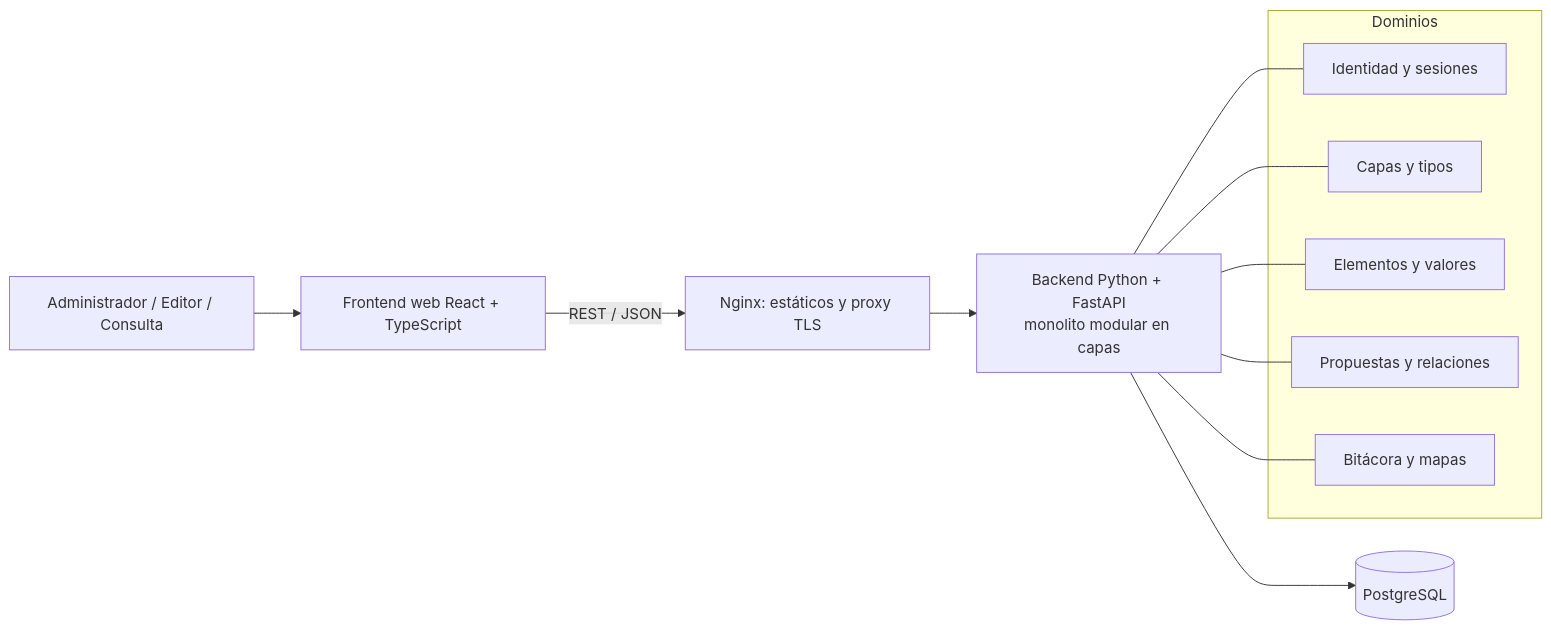
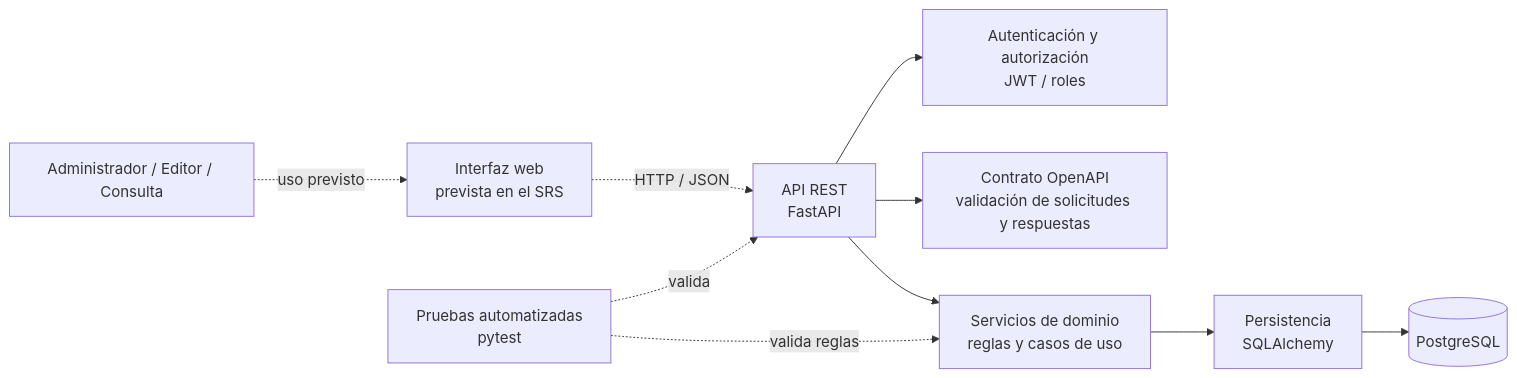
One commit to CLA-TC5062-SN2026/TC5062-21 changed the diagram in README.md. Above: the diagram before and after it, drawn with Mermaid. The commit also changed other lines of this file, not shown here.

````diff
--- a/README.md
+++ b/README.md
@@ -24,20 +32,22 @@
 ```mermaid
 flowchart LR
-  U[Administrador / Editor / Consulta] --> FE[Frontend web React + TypeScript]
-  FE -->|REST / JSON| N[Nginx: estáticos y proxy TLS]
-  N --> API[Backend Python + FastAPI
-monolito modular en capas]
-  API --> DB[(PostgreSQL)]
-  subgraph Dominios
-    A[Identidad y sesiones]
-    B[Capas y tipos]
-    C[Elementos y valores]
-    D[Propuestas y relaciones]
-    E[Bitácora y mapas]
-  end
-  API --- A
-  API --- B
-  API --- C
-  API --- D
-  API --- E
+    U[Administrador / Editor / Consulta]
+    FE[Interfaz web<br/>prevista en el SRS]
+    API[API REST<br/>FastAPI]
+    SEC[Autenticación y autorización<br/>JWT / roles]
+    SVC[Servicios de dominio<br/>reglas y casos de uso]
+    ORM[Persistencia<br/>SQLAlchemy]
+    DB[(PostgreSQL)]
+    SPEC[Contrato OpenAPI<br/>validación de solicitudes y respuestas]
+    TEST[Pruebas automatizadas<br/>pytest]
+
+    U -. uso previsto .-> FE
+    FE -. HTTP / JSON .-> API
+    API --> SEC
+    API --> SPEC
+    API --> SVC
+    SVC --> ORM
+    ORM --> DB
+    TEST -. valida .-> API
+    TEST -. valida reglas .-> SVC
 ```
````
